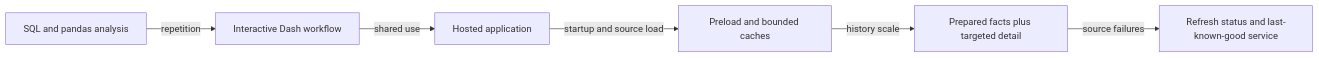
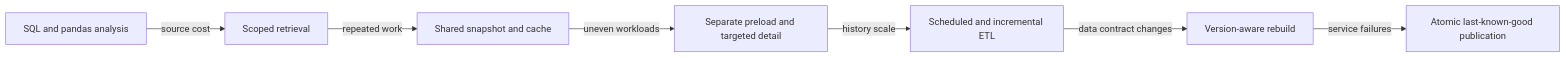
Before and after one commit to 4sy8zwp9hz-netizen/manufacturing-software-portfolio: the first of 2 diagrams in case-studies/YIELD.md, drawn with Mermaid. The commit also changed other lines of this file and 2 other files, not shown here.

Commit message:
Feature backend and application delivery evolution

````diff
--- a/case-studies/YIELD.md
+++ b/case-studies/YIELD.md
@@ -21,8 +21,9 @@
 ```mermaid
 flowchart LR
-    V0[SQL and pandas analysis] -->|repetition| V1[Interactive Dash workflow]
-    V1 -->|shared use| V2[Hosted application]
-    V2 -->|startup and source load| V3[Preload and bounded caches]
-    V3 -->|history scale| V4[Prepared facts plus targeted detail]
-    V4 -->|source failures| V5[Refresh status and last-known-good service]
+    V0[SQL and pandas analysis] -->|source cost| V1[Scoped retrieval]
+    V1 -->|repeated work| V2[Shared snapshot and cache]
+    V2 -->|uneven workloads| V3[Separate preload and targeted detail]
+    V3 -->|history scale| V4[Scheduled and incremental ETL]
+    V4 -->|data contract changes| V5[Version-aware rebuild]
+    V5 -->|service failures| V6[Atomic last-known-good publication]
 ```
````
